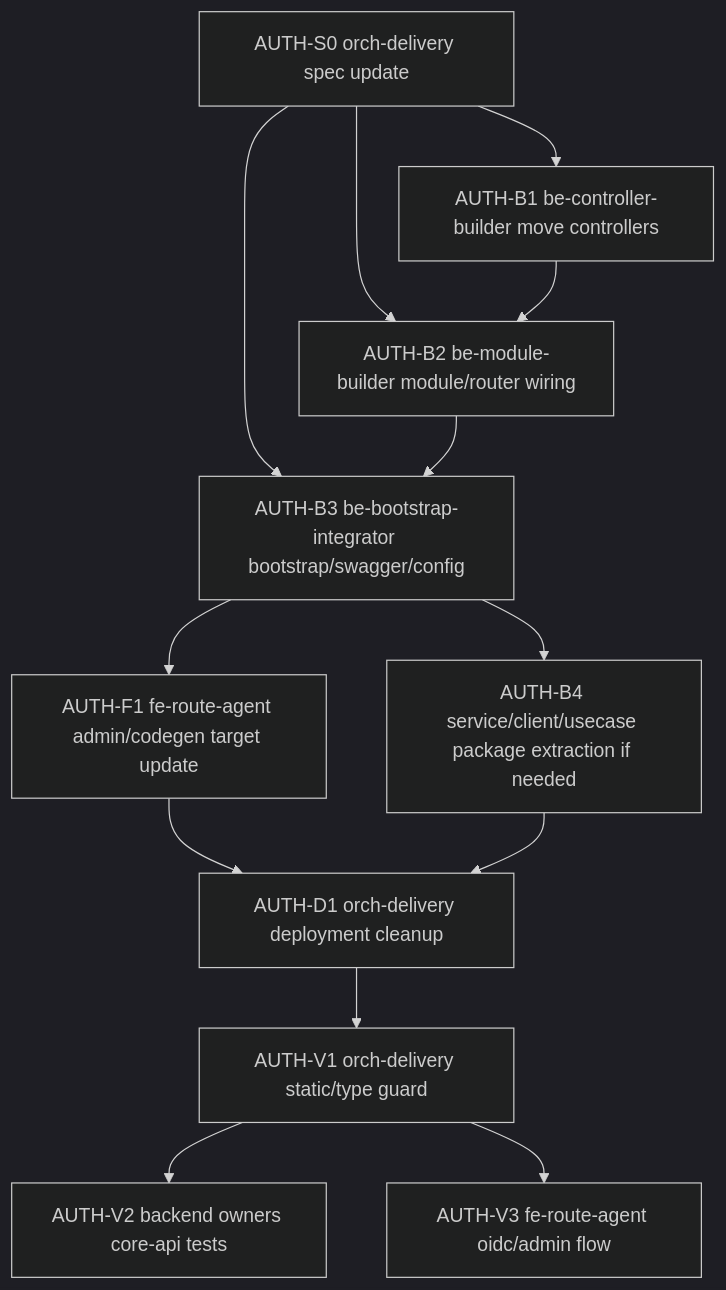
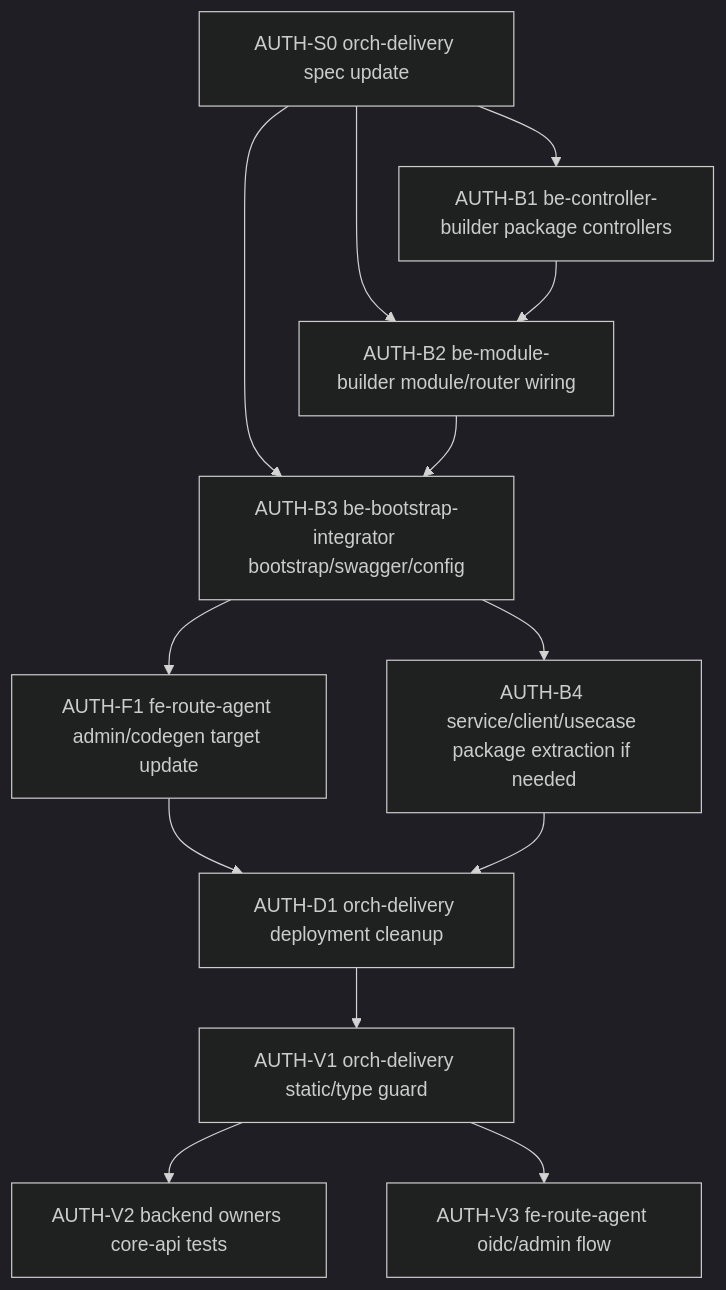
The diagram in docs/services/admin-auth.delivery.spec.md (kimjoongwon/prj-core), drawn with Mermaid (dark theme) before and after one commit. The commit also changed other lines of this file and 442 other files, not shown here.

````diff
--- a/docs/services/admin-auth.delivery.spec.md
+++ b/docs/services/admin-auth.delivery.spec.md
@@ -86,26 +86,26 @@
 ```mermaid
 flowchart TD
   S0["AUTH-S0 orch-delivery spec update"]
-  B1["AUTH-B1 be-controller-builder move controllers"]
+  B1["AUTH-B1 be-controller-builder package controllers"]
   B2["AUTH-B2 be-module-builder module/router wiring"]
   B3["AUTH-B3 be-bootstrap-integrator bootstrap/swagger/config"]
   B4["AUTH-B4 service/client/usecase package extraction if needed"]
   F1["AUTH-F1 fe-route-agent admin/codegen target update"]
   D1["AUTH-D1 orch-delivery deployment cleanup"]
   V1["AUTH-V1 orch-delivery static/type guard"]
   V2["AUTH-V2 backend owners core-api tests"]
   V3["AUTH-V3 fe-route-agent oidc/admin flow"]
 
   S0 --> B1
   S0 --> B2
   S0 --> B3
   B1 --> B2
   B2 --> B3
   B3 --> B4
   B3 --> F1
   F1 --> D1
   B4 --> D1
   D1 --> V1
   V1 --> V2
   V1 --> V3
 ```
````
